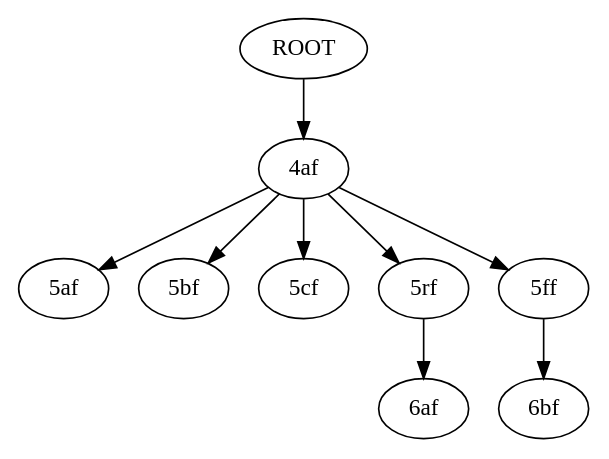
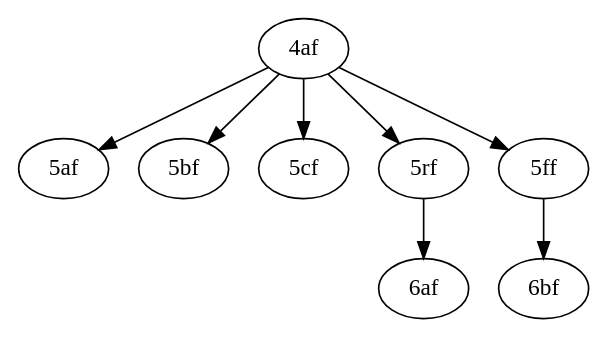
Before and after one commit to rtviii/python-sample: the diagram in test.dot, drawn with Graphviz. The commit also changed 3 other files, not shown here.

```diff
--- a/test.dot
+++ b/test.dot
@@ -1,10 +1,9 @@
 strict digraph "" {
-	ROOT -> "4af";
 	"4af" -> "5af";
 	"4af" -> "5bf";
 	"4af" -> "5cf";
 	"4af" -> "5rf";
 	"4af" -> "5ff";
 	"5rf" -> "6af";
 	"5ff" -> "6bf";
 }
```
